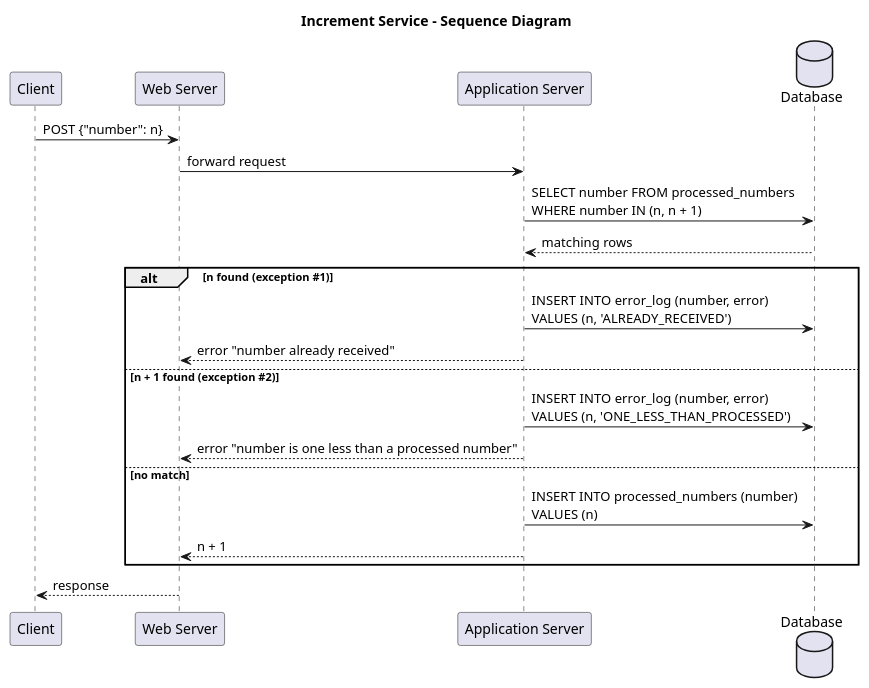
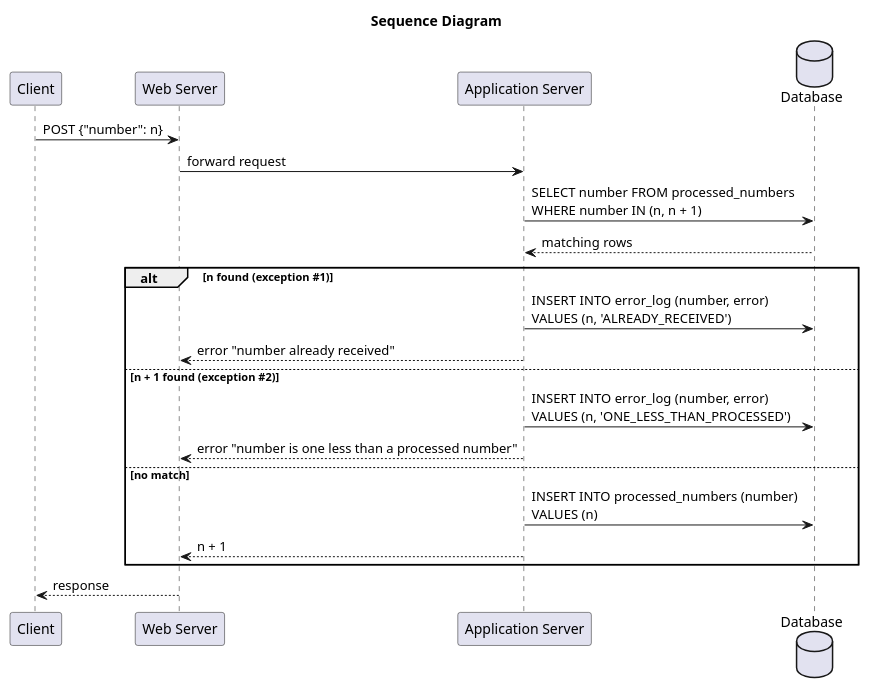
The diagram in sequence.puml (JustKeonix/hse-distributed-systems), drawn with PlantUML before and after one commit. The commit also changed 1 other file, not shown here.

```diff
--- a/sequence.puml
+++ b/sequence.puml
@@ -1,26 +1,26 @@
 @startuml sequence
-title Increment Service - Sequence Diagram
+title Sequence Diagram
 
 participant "Client" as C
 participant "Web Server" as W
 participant "Application Server" as A
 database "Database" as DB
 
 C -> W : POST {"number": n}
 W -> A : forward request
 A -> DB : SELECT number FROM processed_numbers\nWHERE number IN (n, n + 1)
 DB --> A : matching rows
 
 alt n found (exception #1)
   A -> DB : INSERT INTO error_log (number, error)\nVALUES (n, 'ALREADY_RECEIVED')
   A --> W : error "number already received"
 else n + 1 found (exception #2)
   A -> DB : INSERT INTO error_log (number, error)\nVALUES (n, 'ONE_LESS_THAN_PROCESSED')
   A --> W : error "number is one less than a processed number"
 else no match
   A -> DB : INSERT INTO processed_numbers (number)\nVALUES (n)
   A --> W : n + 1
 end
 
 W --> C : response
 @enduml
```
